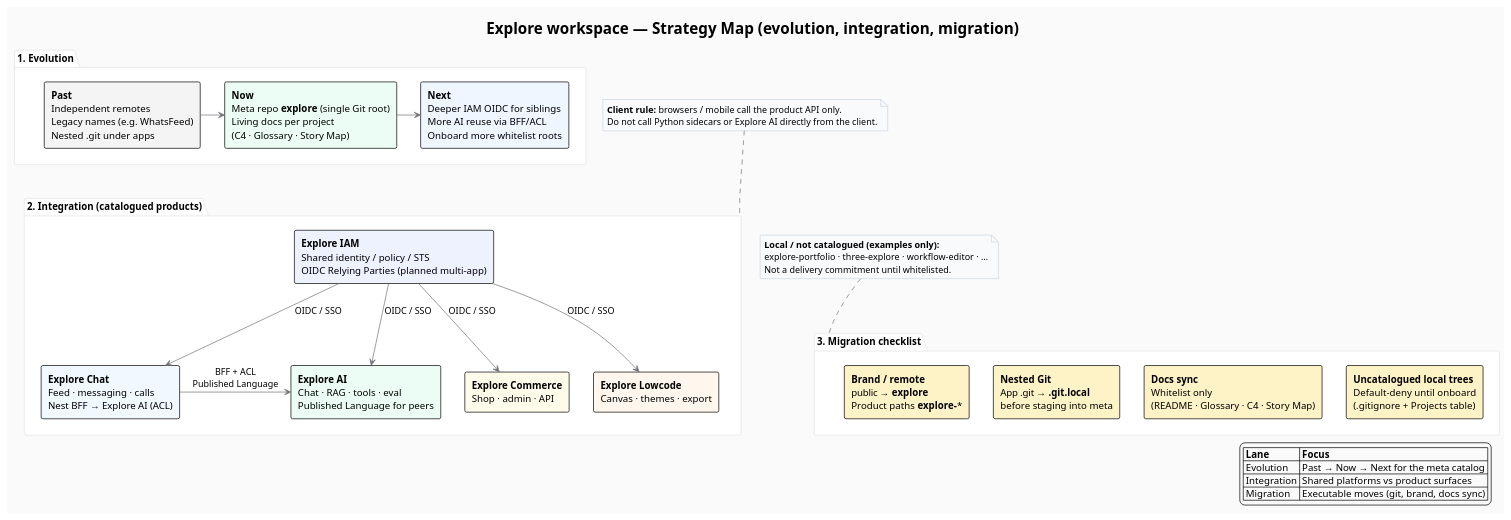
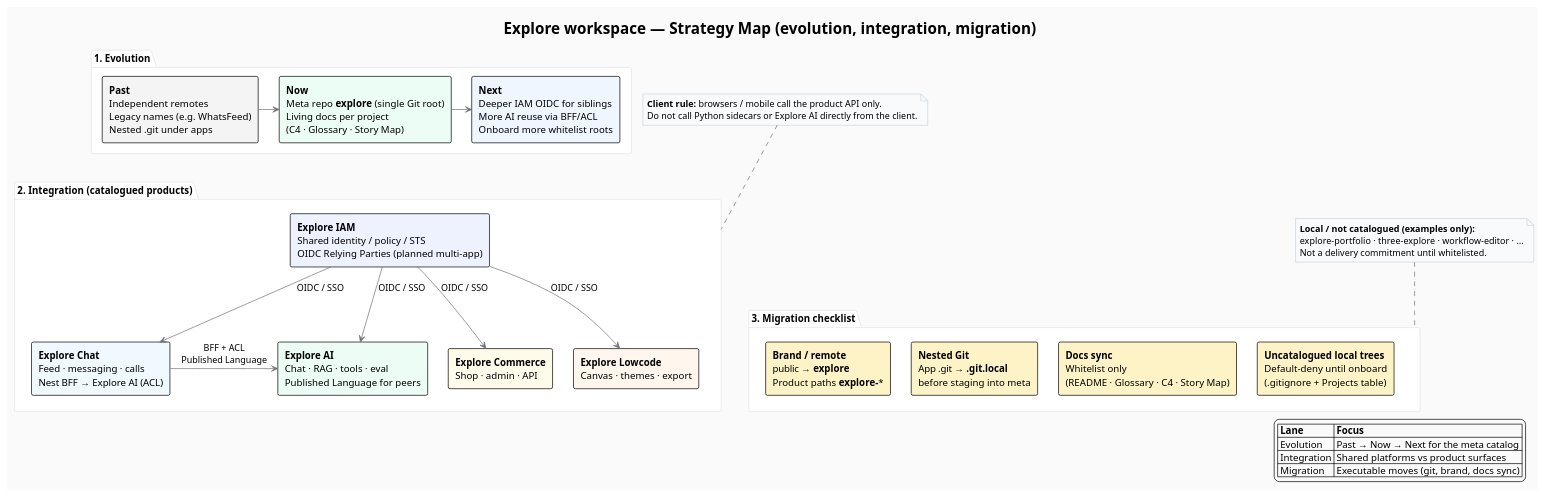
The diagram in docs/Strategy-Map.puml (felixzhu97/explore), drawn with PlantUML before and after one commit. The commit also changed 1 other file, not shown here.

Commit message:
docs: stack Migration under Integration on strategy map
Keep Evolution → Integration → Migration as a vertical reading order so the migration checklist sits below the product integration graph.

References:
- [The C4 model for visualising software architecture](https://c4model.com/)

```diff
--- a/docs/Strategy-Map.puml
+++ b/docs/Strategy-Map.puml
@@ -1,74 +1,74 @@
 @startuml Explore-Strategy-Map
 !theme plain
 title Explore workspace — Strategy Map (evolution, integration, migration)
 
 skinparam shadowing false
 skinparam backgroundColor #FAFAFA
 skinparam defaultFontName Helvetica
 skinparam ArrowColor #71717A
 skinparam NoteBackgroundColor #F8FAFC
 skinparam NoteBorderColor #CBD5E1
 skinparam PackageBorderColor #E4E4E7
 skinparam PackageBackgroundColor #FFFFFF
+skinparam ranksep 40
+skinparam nodesep 30
 
 legend bottom right
   |= Lane |= Focus |
   | Evolution | Past → Now → Next for the meta catalog |
   | Integration | Shared platforms vs product surfaces |
   | Migration | Executable moves (git, brand, docs sync) |
 endlegend
 
-' ── Evolution ─────────────────────────────────────────────
+' Vertical stack: 1 → 2 → 3 (left-aligned via leftmost nodes)
 package "1. Evolution" as evo #FFFFFF {
   rectangle "**Past**\nIndependent remotes\nLegacy names (e.g. WhatsFeed)\nNested .git under apps" as past #F4F4F5
   rectangle "**Now**\nMeta repo **explore** (single Git root)\nLiving docs per project\n(C4 · Glossary · Story Map)" as now #ECFDF5
   rectangle "**Next**\nDeeper IAM OIDC for siblings\nMore AI reuse via BFF/ACL\nOnboard more whitelist roots" as next #EFF6FF
   past -right-> now
   now -right-> next
 }
 
-' ── Integration ───────────────────────────────────────────
 package "2. Integration (catalogued products)" as integ #FFFFFF {
   rectangle "**Explore IAM**\nShared identity / policy / STS\nOIDC Relying Parties (planned multi-app)" as iam #EEF2FF
   rectangle "**Explore AI**\nChat · RAG · tools · eval\nPublished Language for peers" as ai #ECFDF5
   rectangle "**Explore Chat**\nFeed · messaging · calls\nNest BFF → Explore AI (ACL)" as chat #F0F9FF
   rectangle "**Explore Commerce**\nShop · admin · API" as commerce #FFFBEB
   rectangle "**Explore Lowcode**\nCanvas · themes · export" as lowcode #FFF7ED
 
-  iam -[hidden]down- ai
   iam -down-> chat : OIDC / SSO
+  iam -down-> ai : OIDC / SSO
   iam -down-> commerce : OIDC / SSO
   iam -down-> lowcode : OIDC / SSO
-  iam -down-> ai : OIDC / SSO
   chat -right-> ai : BFF + ACL\nPublished Language
-  commerce -[hidden]right- lowcode
 }
+
+package "3. Migration checklist" as mig #FFFFFF {
+  rectangle "**Brand / remote**\npublic → **explore**\nProduct paths **explore-***" as m1 #FEF3C7
+  rectangle "**Nested Git**\nApp .git → **.git.local**\nbefore staging into meta" as m2 #FEF3C7
+  rectangle "**Docs sync**\nWhitelist only\n(README · Glossary · C4 · Story Map)" as m3 #FEF3C7
+  rectangle "**Uncatalogued local trees**\nDefault-deny until onboard\n(.gitignore + Projects table)" as m4 #FEF3C7
+  m1 -right[hidden]- m2
+  m2 -right[hidden]- m3
+  m3 -right[hidden]- m4
+}
+
+' Force 1 / 2 / 3 vertical order (anchor on leftmost boxes)
+past -[hidden]down- iam
+iam -[hidden]down- m1
 
 note as N_clients
   **Client rule:** browsers / mobile call the product API only.
   Do not call Python sidecars or Explore AI directly from the client.
 end note
-
-' ── Migration ─────────────────────────────────────────────
-package "3. Migration checklist" as mig #FFFFFF {
-  rectangle "**Brand / remote**\npublic → **explore**\nProduct paths **explore-***" as m1 #FEF3C7
-  rectangle "**Nested Git**\nApp .git → **.git.local**\nbefore staging into meta" as m2 #FEF3C7
-  rectangle "**Docs sync**\nWhitelist only\n(README · Glossary · C4 · Story Map)" as m3 #FEF3C7
-  rectangle "**Uncatalogued local trees**\nDefault-deny until onboard\n(.gitignore + Projects table)" as m4 #FEF3C7
-  m1 -[hidden]right- m2
-  m2 -[hidden]right- m3
-  m3 -[hidden]right- m4
-}
 
 note as N_candidates
   **Local / not catalogued (examples only):**
   explore-portfolio · three-explore · workflow-editor · …
   Not a delivery commitment until whitelisted.
 end note
 
-evo -[hidden]down- integ
-integ -[hidden]down- mig
 N_clients .. integ
 N_candidates .. mig
 
 @enduml
```
